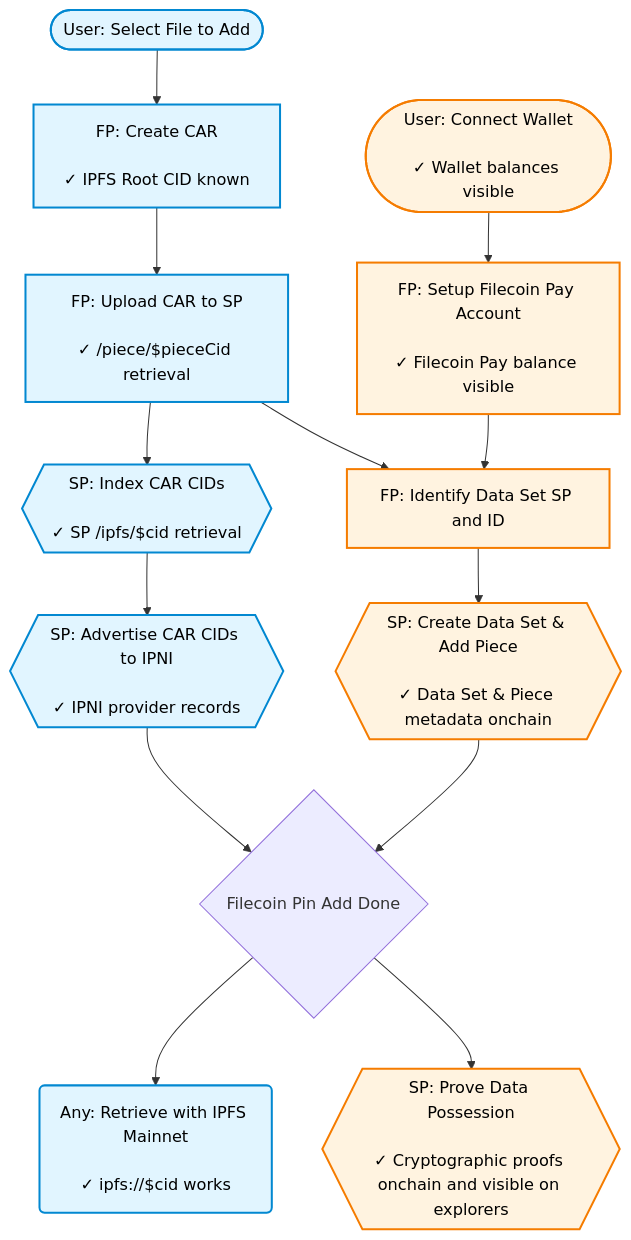
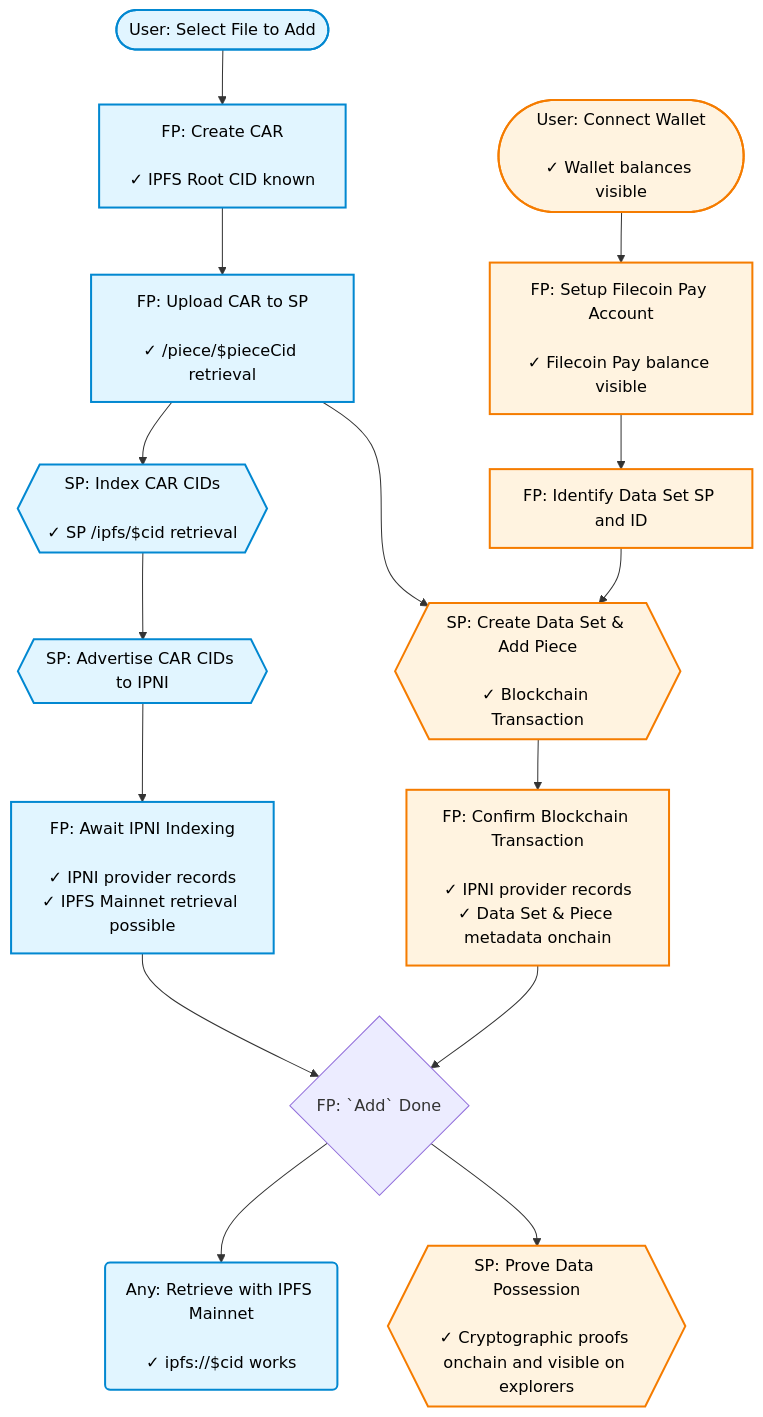
Before and after one commit to filecoin-project/filecoin-pin: the diagram in documentation/behind-the-scenes-of-adding-a-file.md, drawn with Mermaid.

Commit message:
More diagram updates

````diff
--- a/documentation/behind-the-scenes-of-adding-a-file.md
+++ b/documentation/behind-the-scenes-of-adding-a-file.md
@@ -13,29 +13,52 @@
 ```mermaid
 graph TD
 
-    %% Non-blockchain steps with embedded annotations
-    Start([User: Select File to Add]) --> CreateCAR
-    CreateCAR[FP: Create CAR<br/><br/>✓ IPFS Root CID known] --> UploadCAR[FP: Upload CAR to SP<br/><br/>✓ /piece/$pieceCid retrieval]
-    UploadCAR --> IndexCAR{{SP: Index CAR CIDs<br/><br/>✓ SP /ipfs/$cid retrieval}}
-    IndexCAR --> AdvertiseCAR{{SP: Advertise CAR CIDs to IPNI<br/><br/>✓ IPNI provider records<br/>}}
-    AdvertiseCAR --> FilecoinPinAddDone{Filecoin Pin Add Done}
-    FilecoinPinAddDone --> RetrieveData(Any: Retrieve with IPFS Mainnet<br/><br/>✓ ipfs://$cid works)
+    %% Node Definitions
+    %% Non-blockchain nodes
+    Start([User: Select File to Add])
+    CreateCAR[FP: Create CAR<br/><br/>✓ IPFS Root CID known]
+    UploadCAR[FP: Upload CAR to SP<br/><br/>✓ /piece/$pieceCid retrieval]
+    IndexCAR{{SP: Index CAR CIDs<br/><br/>✓ SP /ipfs/$cid retrieval}}
+    AdvertiseCAR{{SP: Advertise CAR CIDs to IPNI}}
+    AwaitIPNIIndexing[FP: Await IPNI Indexing<br/><br/>✓ IPNI provider records<br/>✓ IPFS Mainnet retrieval possible]
+    RetrieveData(Any: Retrieve with IPFS Mainnet<br/><br/>✓ ipfs://$cid works)
 
-    %% Blockchain steps path with embedded annotations
+    %% Blockchain nodes
     ConnectWallet([User: Connect Wallet<br/><br/>✓ Wallet balances visible])
-    ConnectWallet --> SetupPay[FP: Setup Filecoin Pay Account<br/><br/>✓ Filecoin Pay balance visible]
-    SetupPay --> IdentifyDataSet[FP: Identify Data Set SP and ID]
+    SetupPay[FP: Setup Filecoin Pay Account<br/><br/>✓ Filecoin Pay balance visible]
+    IdentifyDataSet[FP: Identify Data Set SP and ID]
+    CreateDataSet{{SP: Create Data Set & Add Piece<br/><br/>✓ Blockchain Transaction}}
+    ConfirmBlockchainTx[FP: Confirm Blockchain Transaction<br/><br/>✓ IPNI provider records<br/>✓ Data Set & Piece metadata onchain]
+    ProveData{{SP: Prove Data Possession<br/><br/>✓ Cryptographic proofs onchain and visible on explorers}}
 
-    %% Convergence point
-    UploadCAR --> IdentifyDataSet
-    IdentifyDataSet --> CreateDataSet{{SP: Create Data Set & Add Piece<br/><br/>✓ Data Set & Piece metadata onchain}}
-    CreateDataSet --> FilecoinPinAddDone
-    FilecoinPinAddDone --> ProveData{{SP: Prove Data Possession<br/><br/>✓ Cryptographic proofs onchain and visible on explorers}}
+    %% Milestone
+    FilecoinPinAddDone{FP: `Add` Done}
+
+    %% Relationships
+    %% Non-blockchain flow
+    Start --> CreateCAR
+    CreateCAR --> UploadCAR
+    UploadCAR --> IndexCAR
+    IndexCAR --> AdvertiseCAR
+    AdvertiseCAR --> AwaitIPNIIndexing
+    AwaitIPNIIndexing --> FilecoinPinAddDone
+    FilecoinPinAddDone --> RetrieveData
+
+    %% Blockchain flow
+    ConnectWallet --> SetupPay
+    SetupPay --> IdentifyDataSet
+    IdentifyDataSet --> CreateDataSet
+
+    %% Convergence
+    UploadCAR --> CreateDataSet
+    CreateDataSet --> ConfirmBlockchainTx
+    ConfirmBlockchainTx --> FilecoinPinAddDone
+    FilecoinPinAddDone --> ProveData
 
     %% Styling
     classDef nonBlockchain fill:#e1f5ff,stroke:#0288d1,stroke-width:2px,color:#000
     classDef blockchain fill:#fff3e0,stroke:#f57c00,stroke-width:2px,color:#000
 
-    class Start,CreateCAR,UploadCAR,IndexCAR,AdvertiseCAR,RetrieveData nonBlockchain
-    class ConnectWallet,SetupPay,IdentifyDataSet,CreateDataSet,ProveData blockchain
+    class Start,CreateCAR,UploadCAR,IndexCAR,AdvertiseCAR,AwaitIPNIIndexing,RetrieveData nonBlockchain
+    class ConnectWallet,SetupPay,IdentifyDataSet,CreateDataSet,ConfirmBlockchainTx,ProveData blockchain
 ```
````
